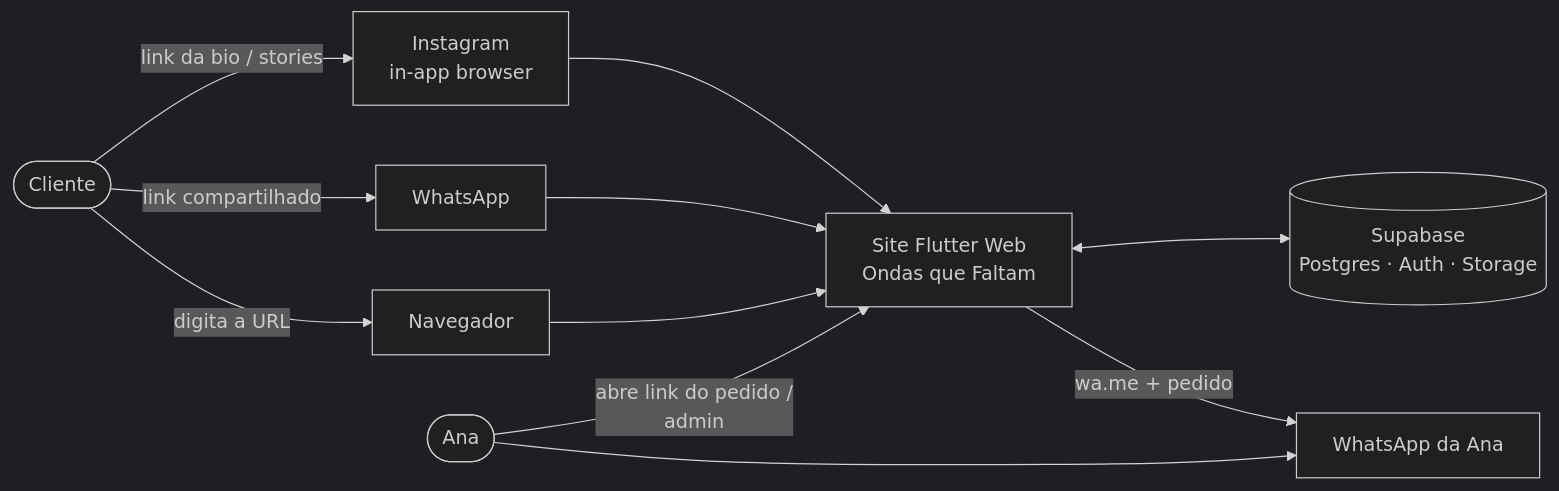
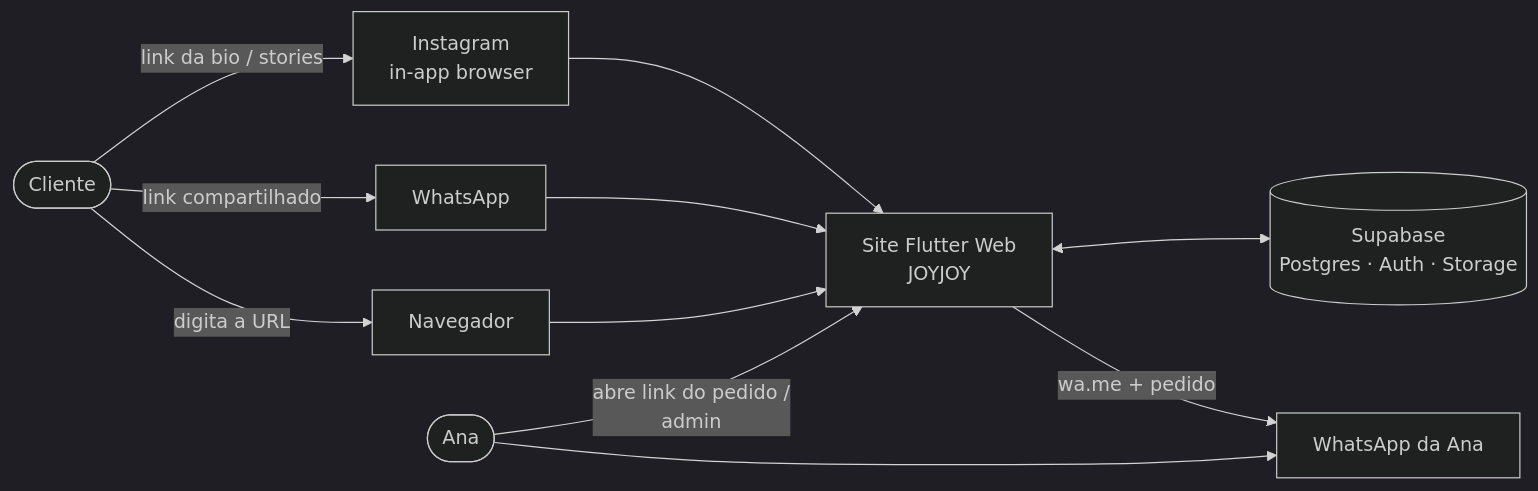
Before and after one commit to PimentelDiogo/lojajoyjoy: the first of 12 diagrams in docs/sdd/SDD.md, drawn with Mermaid (dark theme). The commit also changed other lines of this file and 52 other files, not shown here.

````diff
--- a/docs/sdd/SDD.md
+++ b/docs/sdd/SDD.md
@@ -62,11 +62,11 @@
 ```mermaid
 flowchart LR
     C([Cliente]) -- "link da bio / stories" --> IG[Instagram<br/>in-app browser]
     C -- "link compartilhado" --> WAa[WhatsApp]
     C -- "digita a URL" --> BR[Navegador]
-    IG & WAa & BR --> SITE["Site Flutter Web<br/>Ondas que Faltam"]
+    IG & WAa & BR --> SITE["Site Flutter Web<br/>JOYJOY"]
     SITE <--> SB[("Supabase<br/>Postgres · Auth · Storage")]
     SITE -- "wa.me + pedido" --> ANAWA[WhatsApp da Ana]
     ANA([Ana]) --> ANAWA
     ANA -- "abre link do pedido /<br/>admin" --> SITE
 ```
````
